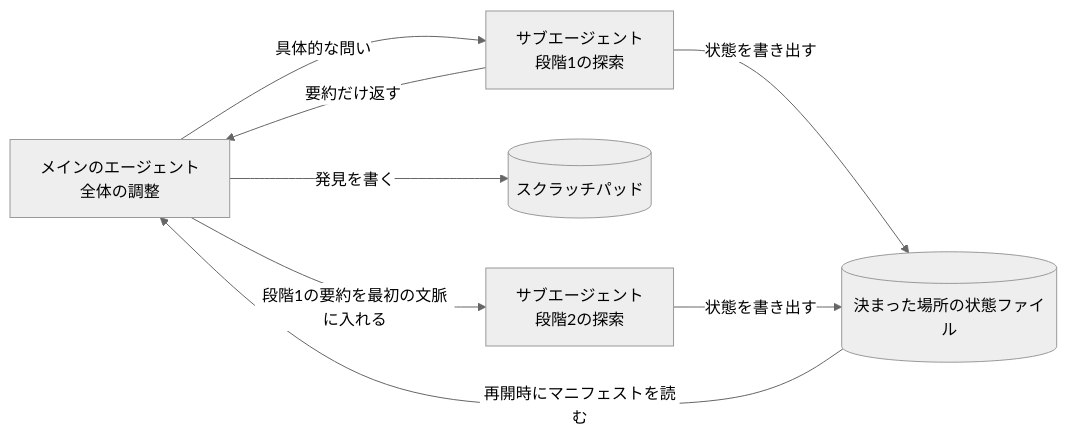
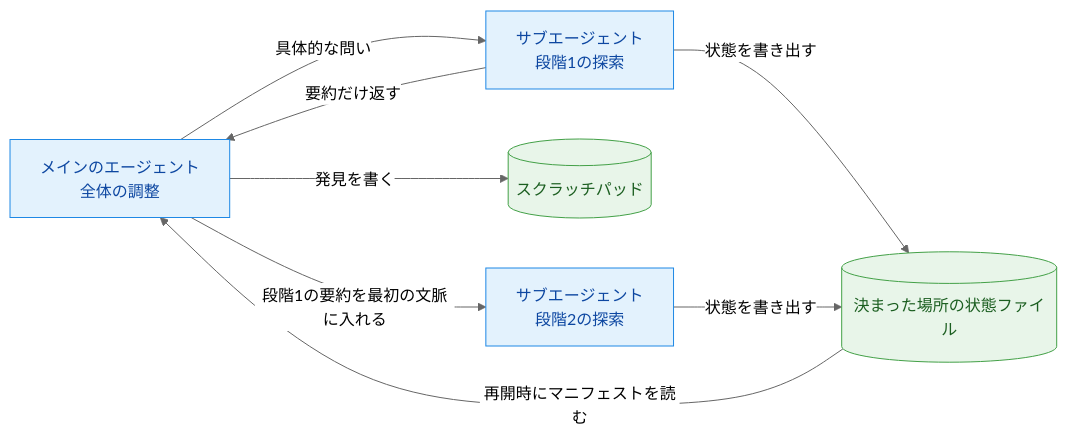
Before and after one commit to yuya-take/yuya-exam-notes: the diagram in ccaf/notes/05-context-reliability/large-codebase-context.md, drawn with Mermaid (neutral theme). The commit also changed other lines of this file and 50 other files, not shown here.

````diff
--- a/ccaf/notes/05-context-reliability/large-codebase-context.md
+++ b/ccaf/notes/05-context-reliability/large-codebase-context.md
@@ -12,9 +12,13 @@
 ```mermaid
 flowchart LR
   M[メインのエージェント<br>全体の調整] -->|具体的な問い| S1[サブエージェント<br>段階1の探索]
   S1 -->|要約だけ返す| M
   M -->|発見を書く| P[(スクラッチパッド)]
   M -->|段階1の要約を最初の文脈に入れる| S2[サブエージェント<br>段階2の探索]
   S1 & S2 -->|状態を書き出す| F[(決まった場所の状態ファイル)]
   F -->|再開時にマニフェストを読む| M
+  classDef run fill:#e3f2fd,stroke:#1e88e5,color:#0d47a1
+  classDef done fill:#e8f5e9,stroke:#43a047,color:#1b5e20
+  class M,S1,S2 run
+  class P,F done
 ```
````
